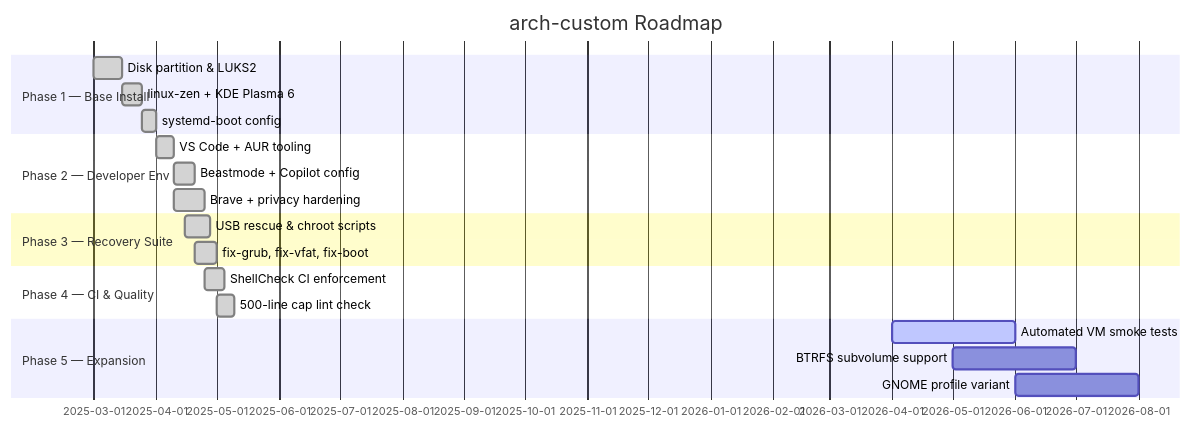
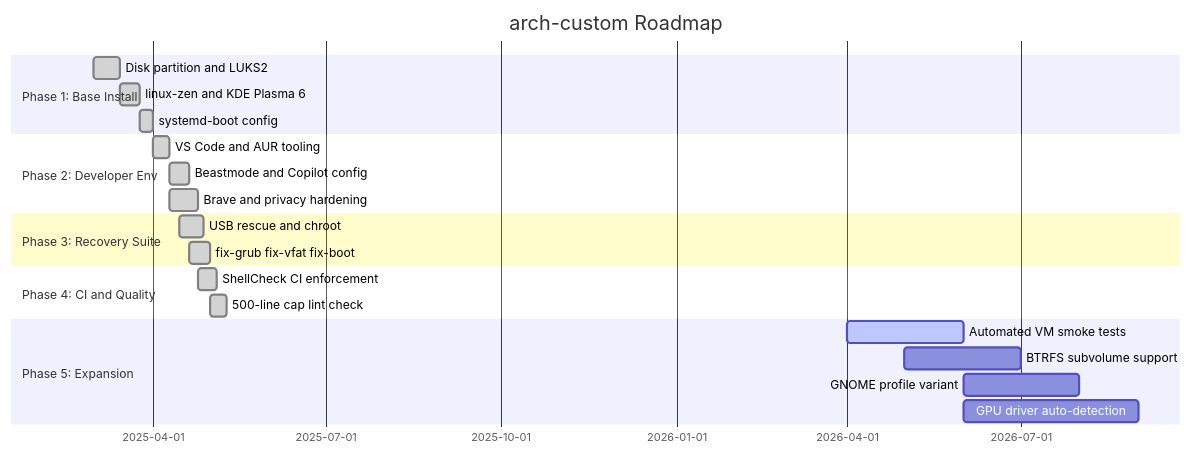
One commit to hkevin01/arch-custom changed the fourth of 4 diagrams in README.md. Above: the diagram before and after it, drawn with Mermaid. The commit also changed other lines of this file, not shown here.

First line of the commit message:
docs: fix Mermaid rendering errors and expand OS configuration sections

````diff
--- a/README.md
+++ b/README.md
@@ -394,23 +762,24 @@
 ```mermaid
 gantt
     title arch-custom Roadmap
     dateFormat  YYYY-MM-DD
-    section Phase 1 — Base Install
-        Disk partition & LUKS2       :done,    p1a, 2025-03-01, 2025-03-15
-        linux-zen + KDE Plasma 6     :done,    p1b, 2025-03-15, 2025-03-25
+    section Phase 1: Base Install
+        Disk partition and LUKS2     :done,    p1a, 2025-03-01, 2025-03-15
+        linux-zen and KDE Plasma 6   :done,    p1b, 2025-03-15, 2025-03-25
         systemd-boot config          :done,    p1c, 2025-03-25, 2025-04-01
-    section Phase 2 — Developer Env
-        VS Code + AUR tooling        :done,    p2a, 2025-04-01, 2025-04-10
-        Beastmode + Copilot config   :done,    p2b, 2025-04-10, 2025-04-20
-        Brave + privacy hardening    :done,    p2c, 2025-04-10, 2025-04-25
-    section Phase 3 — Recovery Suite
-        USB rescue & chroot scripts  :done,    p3a, 2025-04-15, 2025-04-28
-        fix-grub, fix-vfat, fix-boot :done,    p3b, 2025-04-20, 2025-05-01
-    section Phase 4 — CI & Quality
+    section Phase 2: Developer Env
+        VS Code and AUR tooling      :done,    p2a, 2025-04-01, 2025-04-10
+        Beastmode and Copilot config :done,    p2b, 2025-04-10, 2025-04-20
+        Brave and privacy hardening  :done,    p2c, 2025-04-10, 2025-04-25
+    section Phase 3: Recovery Suite
+        USB rescue and chroot        :done,    p3a, 2025-04-15, 2025-04-28
+        fix-grub fix-vfat fix-boot   :done,    p3b, 2025-04-20, 2025-05-01
+    section Phase 4: CI and Quality
         ShellCheck CI enforcement    :done,    p4a, 2025-04-25, 2025-05-05
         500-line cap lint check      :done,    p4b, 2025-05-01, 2025-05-10
-    section Phase 5 — Expansion
+    section Phase 5: Expansion
         Automated VM smoke tests     :active,  p5a, 2026-04-01, 2026-06-01
         BTRFS subvolume support      :         p5b, 2026-05-01, 2026-07-01
         GNOME profile variant        :         p5c, 2026-06-01, 2026-08-01
+        GPU driver auto-detection    :         p5d, 2026-06-01, 2026-09-01
 ```
````
